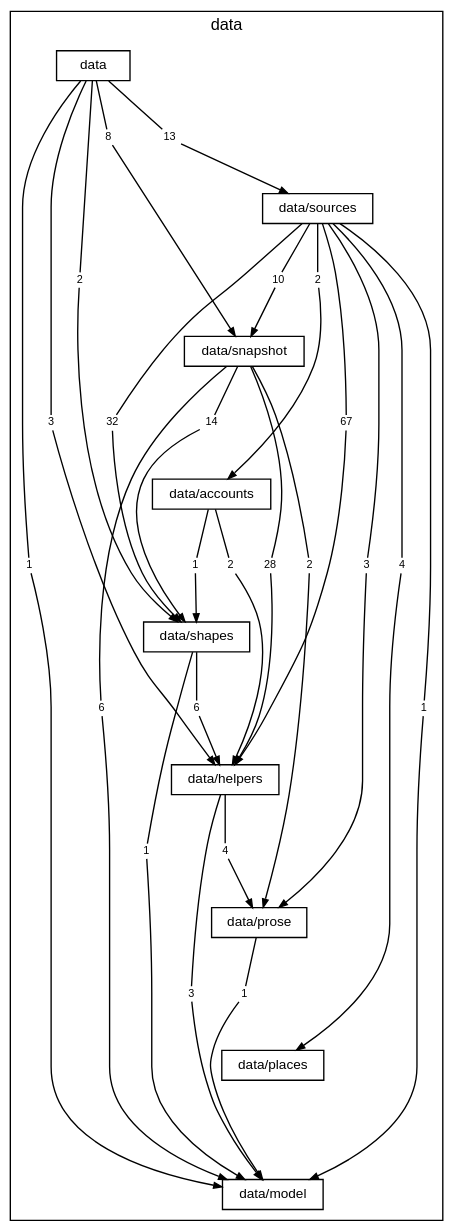
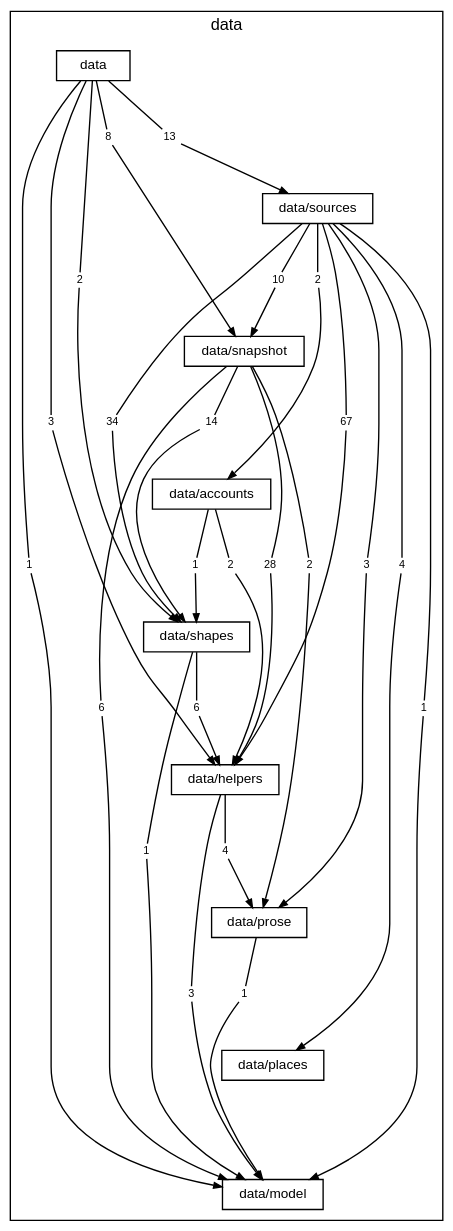
The diagram in docs/diagrams/layer-data.dot (TheAxeC/oculus), drawn with Graphviz before and after one commit. The commit also changed 76 other files, not shown here.

```diff
--- a/docs/diagrams/layer-data.dot
+++ b/docs/diagrams/layer-data.dot
@@ -1,94 +1,94 @@
 digraph layer_data {
     graph [bgcolor="transparent", rankdir=TB, newrank=true, mclimit=4, fontname="Helvetica", fontsize=12, nodesep=0.2, ranksep=0.5];
     node [shape=box, color="black", fontcolor="black", fontname="Helvetica", fontsize=10, height=0.3, margin="0.12,0.04"];
     edge [color="black", fontcolor="black", fontname="Helvetica", fontsize=8, arrowsize=0.6];
     subgraph "cluster_data" {
         label="data"; style=solid;
         "folder data" [label="data"];
         "folder data/sources" [label="data/sources"];
         "folder data/snapshot" [label="data/snapshot"];
         "folder data/accounts" [label="data/accounts"];
         "folder data/shapes" [label="data/shapes"];
         "folder data/helpers" [label="data/helpers"];
         "folder data/prose" [label="data/prose"];
         "folder data/places" [label="data/places"];
         "folder data/model" [label="data/model"];
         "folder data to folder data/helpers" [label="3", shape=box, color="transparent", fontsize=8, width=0, height=0, margin="0.04,0.02"];
         "folder data to folder data/model" [label="1", shape=box, color="transparent", fontsize=8, width=0, height=0, margin="0.04,0.02"];
         "folder data to folder data/shapes" [label="2", shape=box, color="transparent", fontsize=8, width=0, height=0, margin="0.04,0.02"];
         "folder data to folder data/snapshot" [label="8", shape=box, color="transparent", fontsize=8, width=0, height=0, margin="0.04,0.02"];
         "folder data to folder data/sources" [label="13", shape=box, color="transparent", fontsize=8, width=0, height=0, margin="0.04,0.02"];
         "folder data/sources to folder data/accounts" [label="2", shape=box, color="transparent", fontsize=8, width=0, height=0, margin="0.04,0.02"];
         "folder data/sources to folder data/helpers" [label="67", shape=box, color="transparent", fontsize=8, width=0, height=0, margin="0.04,0.02"];
         "folder data/sources to folder data/model" [label="1", shape=box, color="transparent", fontsize=8, width=0, height=0, margin="0.04,0.02"];
         "folder data/sources to folder data/places" [label="4", shape=box, color="transparent", fontsize=8, width=0, height=0, margin="0.04,0.02"];
         "folder data/sources to folder data/prose" [label="3", shape=box, color="transparent", fontsize=8, width=0, height=0, margin="0.04,0.02"];
-        "folder data/sources to folder data/shapes" [label="32", shape=box, color="transparent", fontsize=8, width=0, height=0, margin="0.04,0.02"];
+        "folder data/sources to folder data/shapes" [label="34", shape=box, color="transparent", fontsize=8, width=0, height=0, margin="0.04,0.02"];
         "folder data/sources to folder data/snapshot" [label="10", shape=box, color="transparent", fontsize=8, width=0, height=0, margin="0.04,0.02"];
         "folder data/snapshot to folder data/helpers" [label="28", shape=box, color="transparent", fontsize=8, width=0, height=0, margin="0.04,0.02"];
         "folder data/snapshot to folder data/model" [label="6", shape=box, color="transparent", fontsize=8, width=0, height=0, margin="0.04,0.02"];
         "folder data/snapshot to folder data/prose" [label="2", shape=box, color="transparent", fontsize=8, width=0, height=0, margin="0.04,0.02"];
         "folder data/snapshot to folder data/shapes" [label="14", shape=box, color="transparent", fontsize=8, width=0, height=0, margin="0.04,0.02"];
         "folder data/accounts to folder data/helpers" [label="2", shape=box, color="transparent", fontsize=8, width=0, height=0, margin="0.04,0.02"];
         "folder data/accounts to folder data/shapes" [label="1", shape=box, color="transparent", fontsize=8, width=0, height=0, margin="0.04,0.02"];
         "folder data/shapes to folder data/helpers" [label="6", shape=box, color="transparent", fontsize=8, width=0, height=0, margin="0.04,0.02"];
         "folder data/shapes to folder data/model" [label="1", shape=box, color="transparent", fontsize=8, width=0, height=0, margin="0.04,0.02"];
         "folder data/helpers to folder data/model" [label="3", shape=box, color="transparent", fontsize=8, width=0, height=0, margin="0.04,0.02"];
         "folder data/helpers to folder data/prose" [label="4", shape=box, color="transparent", fontsize=8, width=0, height=0, margin="0.04,0.02"];
         "folder data/prose to folder data/model" [label="1", shape=box, color="transparent", fontsize=8, width=0, height=0, margin="0.04,0.02"];
     }
     "folder data" -> "folder data/sources" [style=invis, weight=10, minlen=2];
     "folder data/sources" -> "folder data/snapshot" [style=invis, weight=10, minlen=2];
     "folder data/snapshot" -> "folder data/accounts" [style=invis, weight=10, minlen=2];
     "folder data/accounts" -> "folder data/shapes" [style=invis, weight=10, minlen=2];
     "folder data/shapes" -> "folder data/helpers" [style=invis, weight=10, minlen=2];
     "folder data/helpers" -> "folder data/prose" [style=invis, weight=10, minlen=2];
     "folder data/prose" -> "folder data/places" [style=invis, weight=10, minlen=2];
     "folder data/places" -> "folder data/model" [style=invis, weight=10, minlen=2];
     "folder data" -> "folder data to folder data/helpers" [arrowhead=none, minlen=5, weight=10];
     "folder data to folder data/helpers" -> "folder data/helpers" [];
     "folder data" -> "folder data to folder data/model" [arrowhead=none, minlen=7, weight=10];
     "folder data to folder data/model" -> "folder data/model" [];
     "folder data" -> "folder data to folder data/shapes" [arrowhead=none, minlen=3, weight=10];
     "folder data to folder data/shapes" -> "folder data/shapes" [];
     "folder data" -> "folder data to folder data/snapshot" [arrowhead=none, minlen=1, weight=10];
     "folder data to folder data/snapshot" -> "folder data/snapshot" [];
     "folder data" -> "folder data to folder data/sources" [arrowhead=none, minlen=1, weight=10];
     "folder data to folder data/sources" -> "folder data/sources" [];
     "folder data/sources" -> "folder data/sources to folder data/accounts" [arrowhead=none, minlen=1, weight=10];
     "folder data/sources to folder data/accounts" -> "folder data/accounts" [];
     "folder data/sources" -> "folder data/sources to folder data/helpers" [arrowhead=none, minlen=3, weight=10];
     "folder data/sources to folder data/helpers" -> "folder data/helpers" [];
     "folder data/sources" -> "folder data/sources to folder data/model" [arrowhead=none, minlen=7, weight=10];
     "folder data/sources to folder data/model" -> "folder data/model" [];
     "folder data/sources" -> "folder data/sources to folder data/places" [arrowhead=none, minlen=5, weight=10];
     "folder data/sources to folder data/places" -> "folder data/places" [];
     "folder data/sources" -> "folder data/sources to folder data/prose" [arrowhead=none, minlen=5, weight=10];
     "folder data/sources to folder data/prose" -> "folder data/prose" [];
     "folder data/sources" -> "folder data/sources to folder data/shapes" [arrowhead=none, minlen=3, weight=10];
     "folder data/sources to folder data/shapes" -> "folder data/shapes" [];
     "folder data/sources" -> "folder data/sources to folder data/snapshot" [arrowhead=none, minlen=1, weight=10];
     "folder data/sources to folder data/snapshot" -> "folder data/snapshot" [];
     "folder data/snapshot" -> "folder data/snapshot to folder data/helpers" [arrowhead=none, minlen=3, weight=10];
     "folder data/snapshot to folder data/helpers" -> "folder data/helpers" [];
     "folder data/snapshot" -> "folder data/snapshot to folder data/model" [arrowhead=none, minlen=5, weight=10];
     "folder data/snapshot to folder data/model" -> "folder data/model" [];
     "folder data/snapshot" -> "folder data/snapshot to folder data/prose" [arrowhead=none, minlen=3, weight=10];
     "folder data/snapshot to folder data/prose" -> "folder data/prose" [];
     "folder data/snapshot" -> "folder data/snapshot to folder data/shapes" [arrowhead=none, minlen=1, weight=10];
     "folder data/snapshot to folder data/shapes" -> "folder data/shapes" [];
     "folder data/accounts" -> "folder data/accounts to folder data/helpers" [arrowhead=none, minlen=1, weight=10];
     "folder data/accounts to folder data/helpers" -> "folder data/helpers" [];
     "folder data/accounts" -> "folder data/accounts to folder data/shapes" [arrowhead=none, minlen=1, weight=10];
     "folder data/accounts to folder data/shapes" -> "folder data/shapes" [];
     "folder data/shapes" -> "folder data/shapes to folder data/helpers" [arrowhead=none, minlen=1, weight=10];
     "folder data/shapes to folder data/helpers" -> "folder data/helpers" [];
     "folder data/shapes" -> "folder data/shapes to folder data/model" [arrowhead=none, minlen=3, weight=10];
     "folder data/shapes to folder data/model" -> "folder data/model" [];
     "folder data/helpers" -> "folder data/helpers to folder data/model" [arrowhead=none, minlen=3, weight=10];
     "folder data/helpers to folder data/model" -> "folder data/model" [];
     "folder data/helpers" -> "folder data/helpers to folder data/prose" [arrowhead=none, minlen=1, weight=10];
     "folder data/helpers to folder data/prose" -> "folder data/prose" [];
     "folder data/prose" -> "folder data/prose to folder data/model" [arrowhead=none, minlen=1, weight=10];
     "folder data/prose to folder data/model" -> "folder data/model" [];
 }
```
